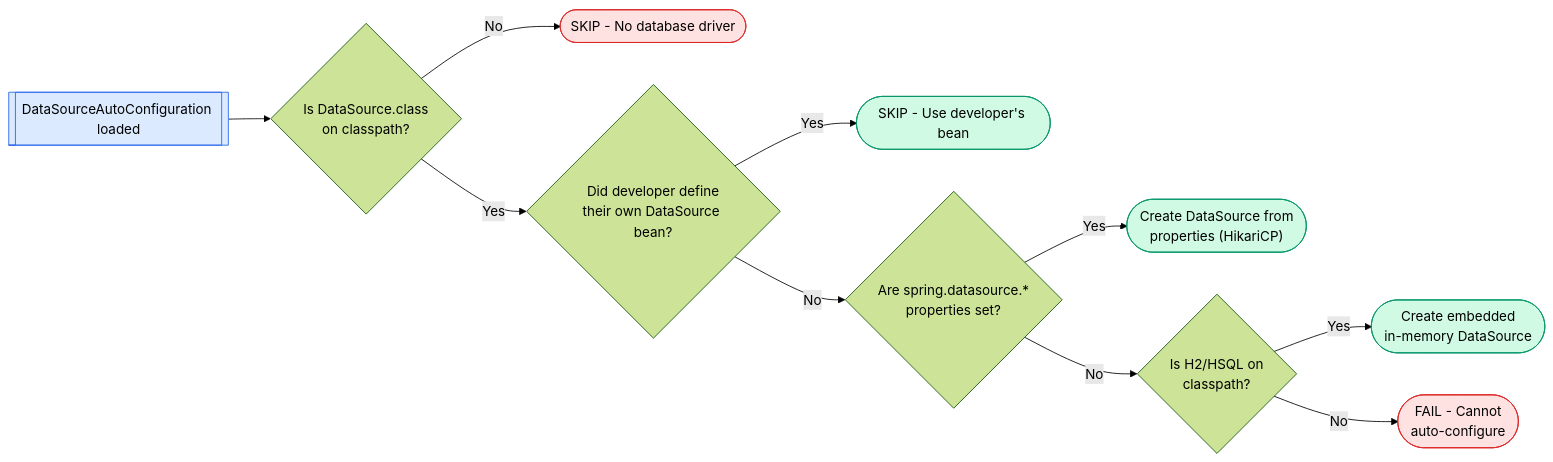
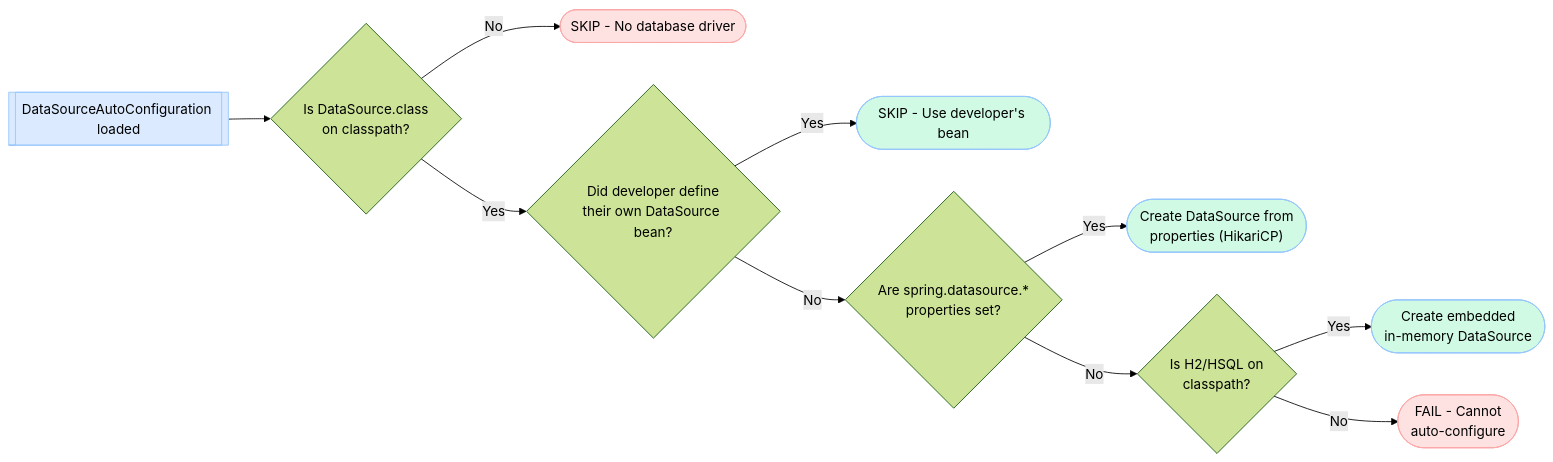
Before and after one commit to saivamsikaruturi/vamsilabs-dev-notes-main: the third of 3 diagrams in docs/springboot/AutoConfiguration.md, drawn with Mermaid (forest theme). The commit also changed other lines of this file and 220 other files, not shown here.

First line of the commit message:
Add 50+ new Java/Spring Boot pages, rewrite CSS code blocks to Oracle style, fix all diagram colors

````diff
--- a/docs/springboot/AutoConfiguration.md
+++ b/docs/springboot/AutoConfiguration.md
@@ -117,19 +117,19 @@
 ```mermaid
 flowchart LR
     A[["DataSourceAutoConfiguration loaded"]] --> B{"Is DataSource.class<br/>on classpath?"}
     B -->|No| C(["SKIP - No database driver"])
     B -->|Yes| D{"Did developer define<br/>their own DataSource bean?"}
     D -->|Yes| E(["SKIP - Use developer's bean"])
     D -->|No| F{"Are spring.datasource.*<br/>properties set?"}
     F -->|Yes| G(["Create DataSource from<br/>properties (HikariCP)"])
     F -->|No| H{"Is H2/HSQL on<br/>classpath?"}
     H -->|Yes| I(["Create embedded<br/>in-memory DataSource"])
     H -->|No| J(["FAIL - Cannot<br/>auto-configure"])
 
-    style A fill:#DBEAFE,stroke:#2563EB
-    style E fill:#D1FAE5,stroke:#059669
-    style G fill:#D1FAE5,stroke:#059669
-    style I fill:#D1FAE5,stroke:#059669
-    style C fill:#FEE2E2,stroke:#DC2626
-    style J fill:#FEE2E2,stroke:#DC2626
+    style A fill:#DBEAFE,stroke:#93C5FD
+    style E fill:#D1FAE5,stroke:#93C5FD
+    style G fill:#D1FAE5,stroke:#93C5FD
+    style I fill:#D1FAE5,stroke:#93C5FD
+    style C fill:#FEE2E2,stroke:#FCA5A5
+    style J fill:#FEE2E2,stroke:#FCA5A5
 ```
````
